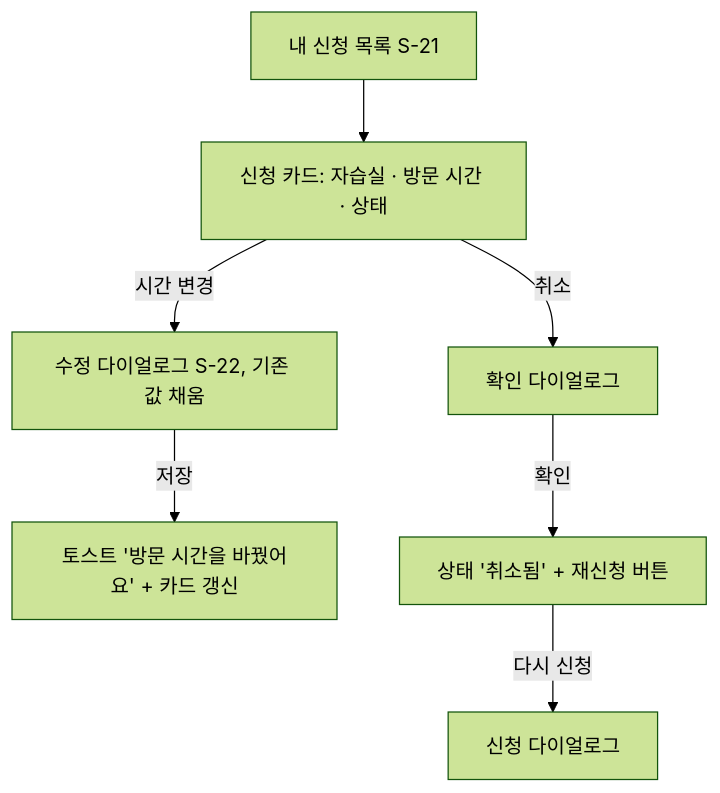
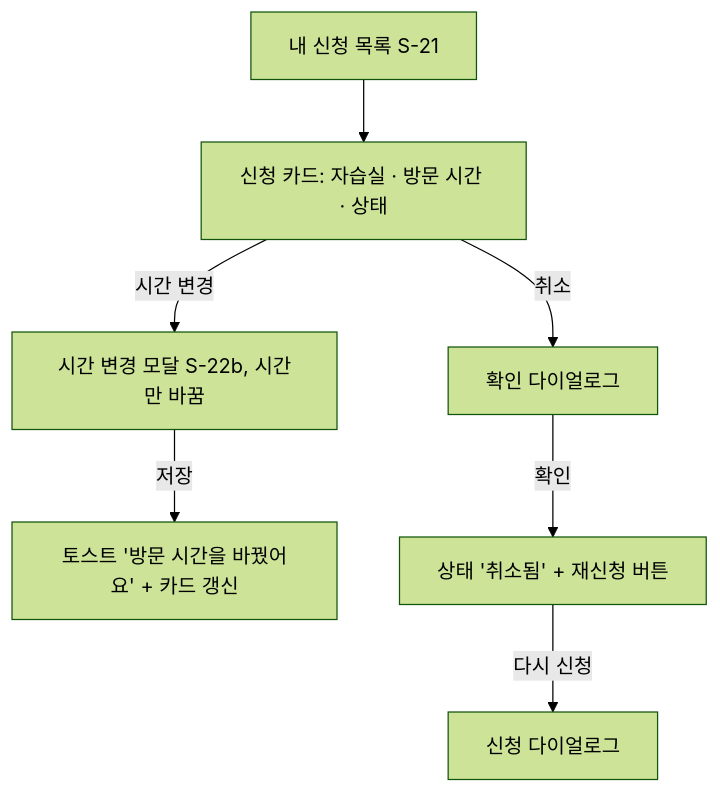
The fourth of 4 diagrams in apps/web/docs/user-flows.md (JungMINI-developer/hiconsy-task), drawn with Mermaid (forest theme) before and after one commit. The commit also changed other lines of this file and 3 other files, not shown here.

````diff
--- a/apps/web/docs/user-flows.md
+++ b/apps/web/docs/user-flows.md
@@ -61,8 +61,8 @@
 ```mermaid
 flowchart TD
   M[내 신청 목록 S-21] --> I[신청 카드: 자습실 · 방문 시간 · 상태]
-  I -->|시간 변경| E[수정 다이얼로그 S-22, 기존 값 채움]
+  I -->|시간 변경| E[시간 변경 모달 S-22b, 시간만 바꿈]
   E -->|저장| U[토스트 '방문 시간을 바꿨어요' + 카드 갱신]
   I -->|취소| X[확인 다이얼로그] -->|확인| C[상태 '취소됨' + 재신청 버튼]
   C -->|다시 신청| E2[신청 다이얼로그]
 ```
````
